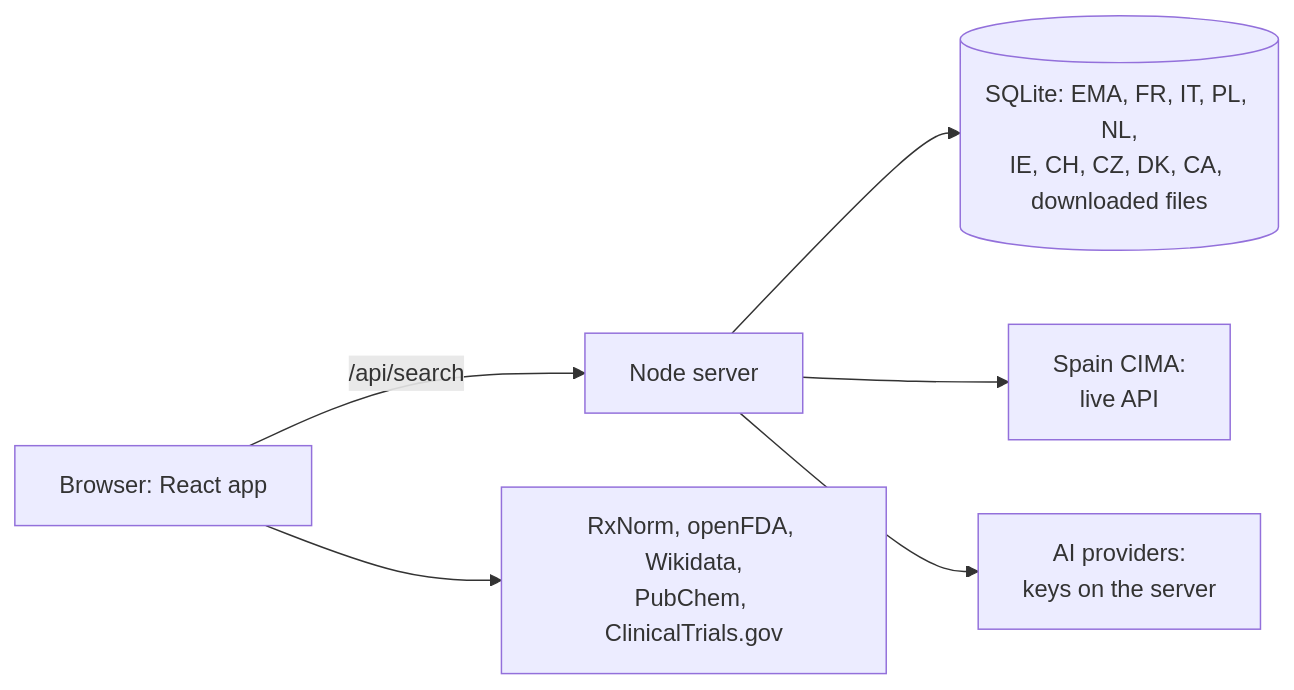
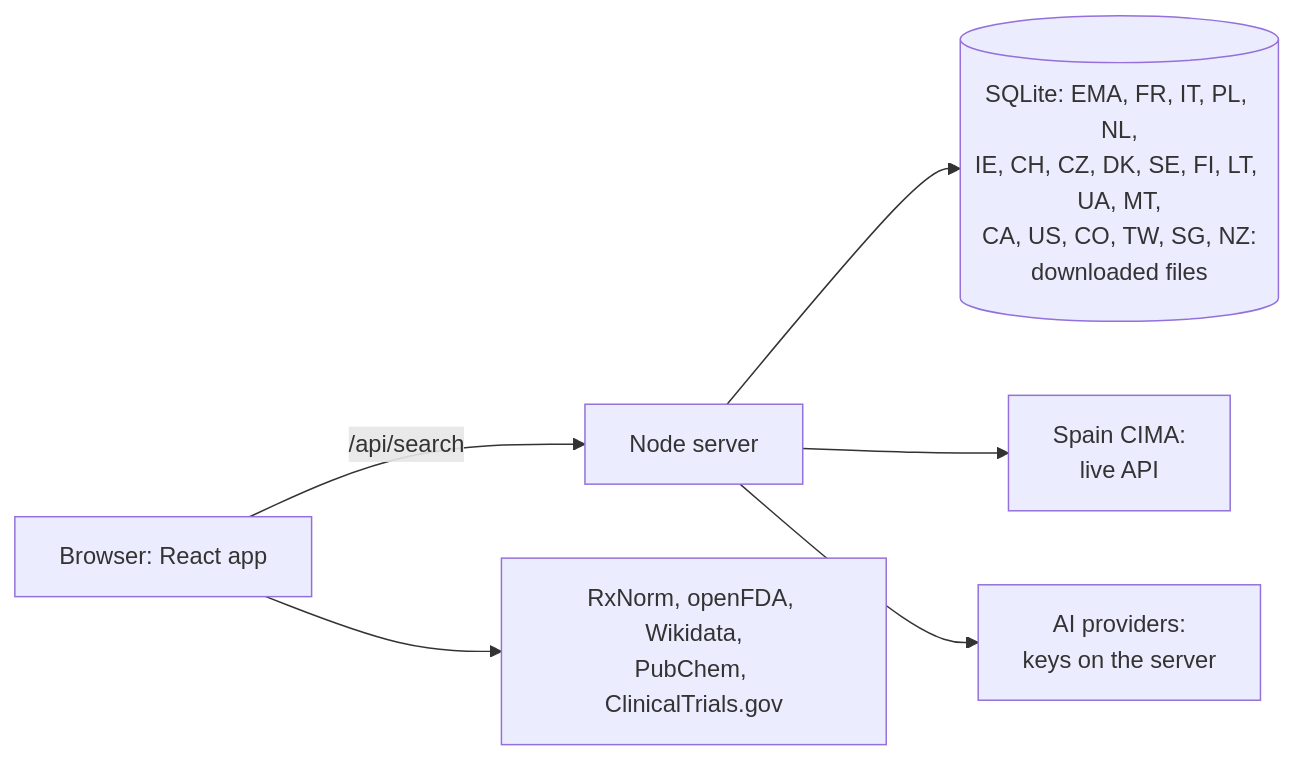
The diagram in README.md (andreibesleaga/medicine-finder), drawn with Mermaid before and after one commit. The commit also changed other lines of this file and 35 other files, not shown here.

````diff
--- a/README.md
+++ b/README.md
@@ -48,8 +50,8 @@
 ```mermaid
 flowchart LR
   U[Browser: React app] -->|/api/search| S[Node server]
   U --> O[RxNorm, openFDA, Wikidata,<br/>PubChem, ClinicalTrials.gov]
-  S --> E[(SQLite: EMA, FR, IT, PL, NL,<br/>IE, CH, CZ, DK, CA, downloaded files)]
+  S --> E[(SQLite: EMA, FR, IT, PL, NL,<br/>IE, CH, CZ, DK, SE, FI, LT, UA, MT,<br/>CA, US, CO, TW, SG, NZ:<br/>downloaded files)]
   S --> L[Spain CIMA:<br/>live API]
   S --> A[AI providers:<br/>keys on the server]
 ```
````
